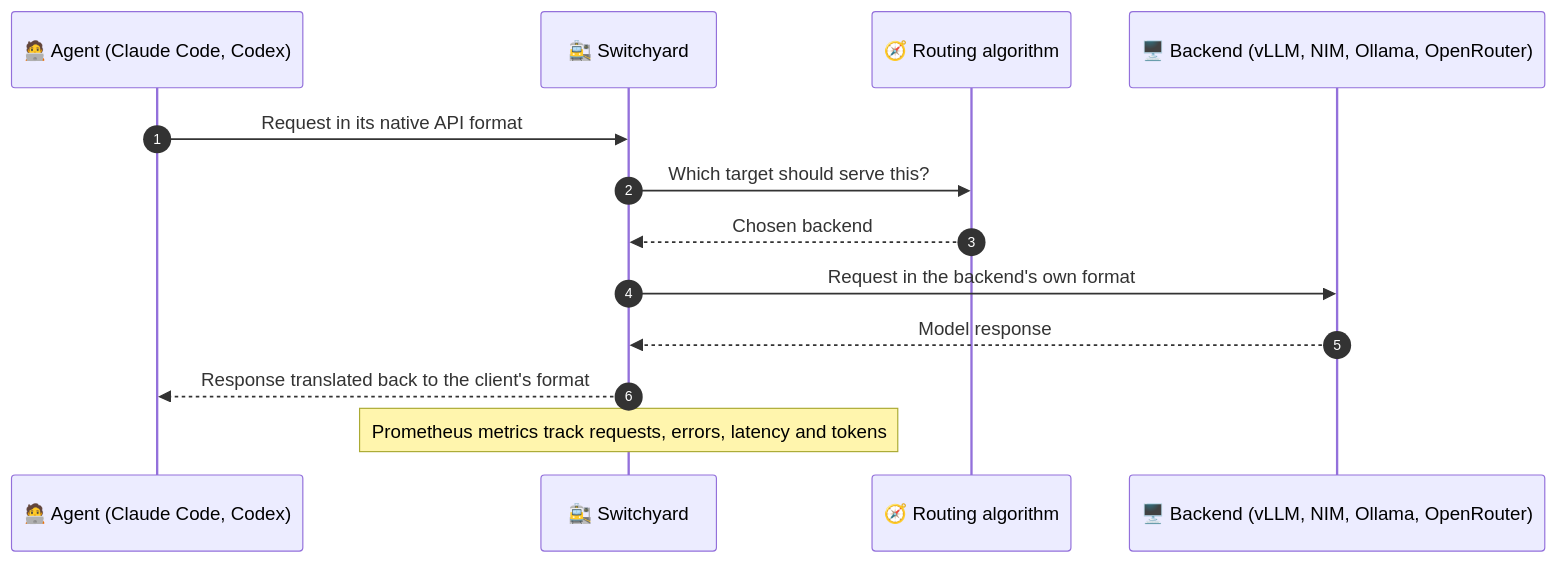
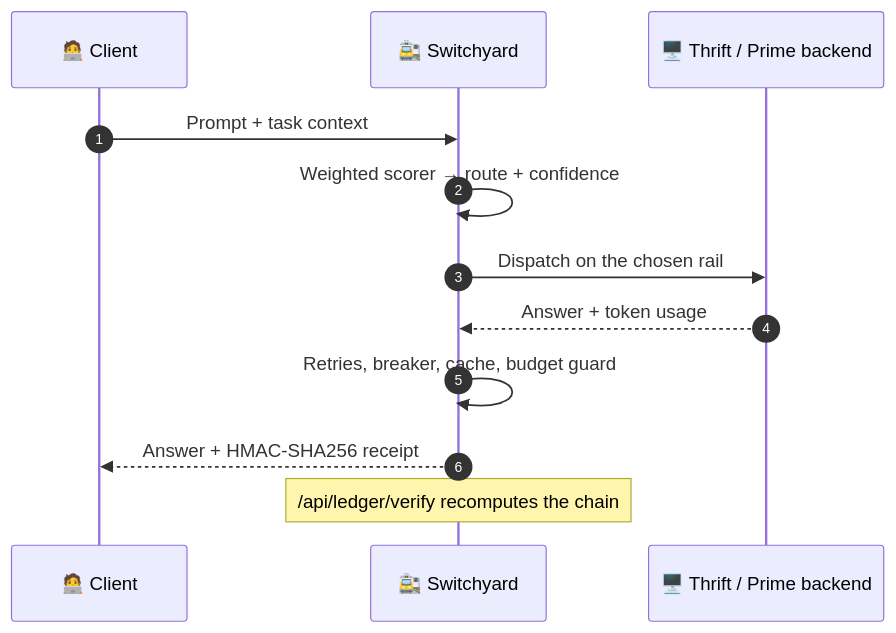
One commit to Monish03905/Monish03905 changed the second of 5 diagrams in README.md. Above: the diagram before and after it, drawn with Mermaid. The commit also changed other lines of this file, not shown here.

````diff
--- a/README.md
+++ b/README.md
@@ -162,15 +162,14 @@
 ```mermaid
 sequenceDiagram
     autonumber
-    participant C as 🧑‍💻 Agent (Claude Code, Codex)
+    participant C as 🧑‍💻 Client
     participant S as 🚉 Switchyard
-    participant R as 🧭 Routing algorithm
-    participant B as 🖥️ Backend (vLLM, NIM, Ollama, OpenRouter)
-    C->>S: Request in its native API format
-    S->>R: Which target should serve this?
-    R-->>S: Chosen backend
-    S->>B: Request in the backend's own format
-    B-->>S: Model response
-    S-->>C: Response translated back to the client's format
-    Note over S: Prometheus metrics track requests, errors, latency and tokens
+    participant B as 🖥️ Thrift / Prime backend
+    C->>S: Prompt + task context
+    S->>S: Weighted scorer → route + confidence
+    S->>B: Dispatch on the chosen rail
+    B-->>S: Answer + token usage
+    S->>S: Retries, breaker, cache, budget guard
+    S-->>C: Answer + HMAC-SHA256 receipt
+    Note over S: /api/ledger/verify recomputes the chain
 ```
````
